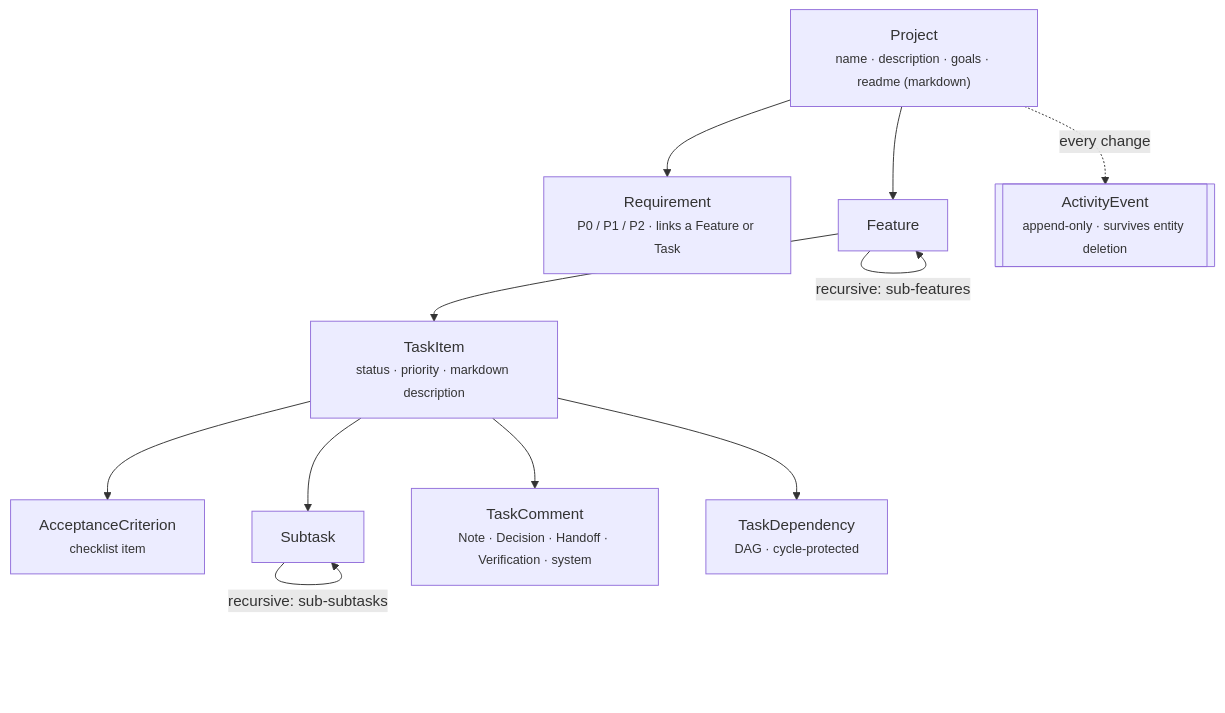
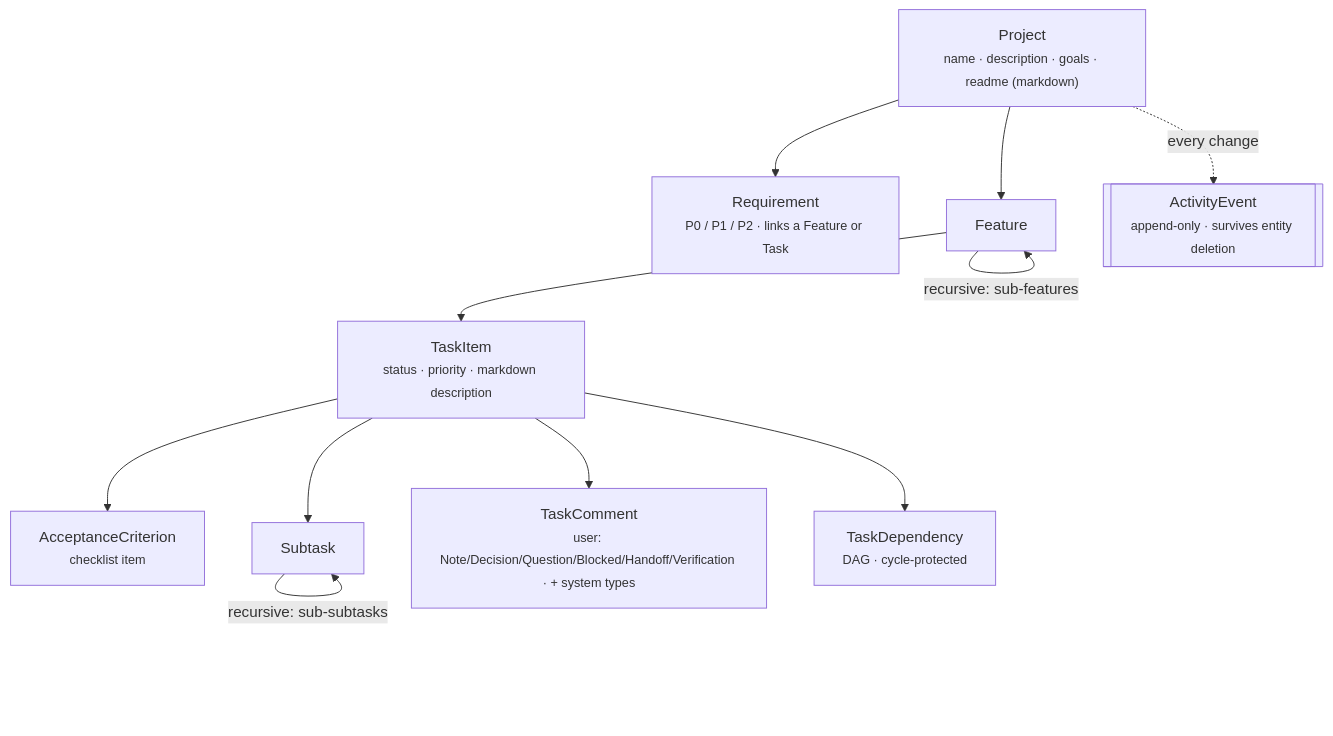
The second of 5 diagrams in README.md (joelfuller2016/KanbanFlow-v2), drawn with Mermaid before and after one commit. The commit also changed other lines of this file, not shown here.

````diff
--- a/README.md
+++ b/README.md
@@ -136,14 +136,14 @@
 ```mermaid
 flowchart TD
     P["Project<br/><small>name · description · goals · readme (markdown)</small>"]
     P --> R["Requirement<br/><small>P0 / P1 / P2 · links a Feature or Task</small>"]
     P --> F["Feature"]
     F -->|"recursive: sub-features"| F
     F --> T["TaskItem<br/><small>status · priority · markdown description</small>"]
     T --> AC["AcceptanceCriterion<br/><small>checklist item</small>"]
     T --> S["Subtask"]
     S -->|"recursive: sub-subtasks"| S
-    T --> C["TaskComment<br/><small>Note · Decision · Handoff · Verification · system</small>"]
+    T --> C["TaskComment<br/><small>user: Note/Decision/Question/Blocked/Handoff/Verification · + system types</small>"]
     T --> D["TaskDependency<br/><small>DAG · cycle-protected</small>"]
     P -. "every change" .-> AE[["ActivityEvent<br/><small>append-only · survives entity deletion</small>"]]
 ```
````
